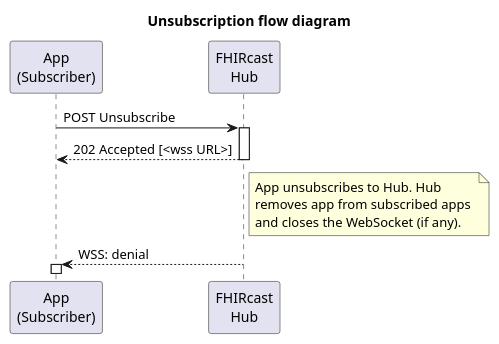
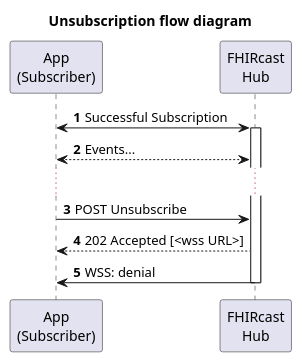
The diagram in input/images-source/UnsubscriptionSequence.plantuml (HL7/fhircast-docs), drawn with PlantUML before and after one commit. The commit also changed 3 other files, not shown here.

Commit message:
FHIR-37285 - Clarifications on workflow diagrams

```diff
--- a/input/images-source/UnsubscriptionSequence.plantuml
+++ b/input/images-source/UnsubscriptionSequence.plantuml
@@ -1,19 +1,26 @@
 @startuml
 
 title Unsubscription flow diagram
 
 participant "App\n(Subscriber)" as Subscriber
 participant "FHIRcast\nHub" as Hub
 
-Subscriber -> Hub++: POST Unsubscribe
-Subscriber <-- Hub--: 202 Accepted [<wss URL>]
+autonumber
 
-note right of Hub
-    App unsubscribes to Hub. Hub 
-    removes app from subscribed apps 
-    and closes the WebSocket (if any).
-end note
+Subscriber <-> Hub++: Successful Subscription
+Subscriber <--> Hub: Events...
+...
 
-Hub --> Subscriber++: WSS: denial
+Subscriber -> Hub: POST Unsubscribe
+Subscriber <-- Hub: 202 Accepted [<wss URL>]
+
+' note right of Hub
+'     App unsubscribes to Hub. Hub 
+'     removes app from subscribed apps 
+'     and closes the WebSocket (if any).
+' end note
+
+
+Subscriber <- Hub--: WSS: denial
 
 @enduml
```
